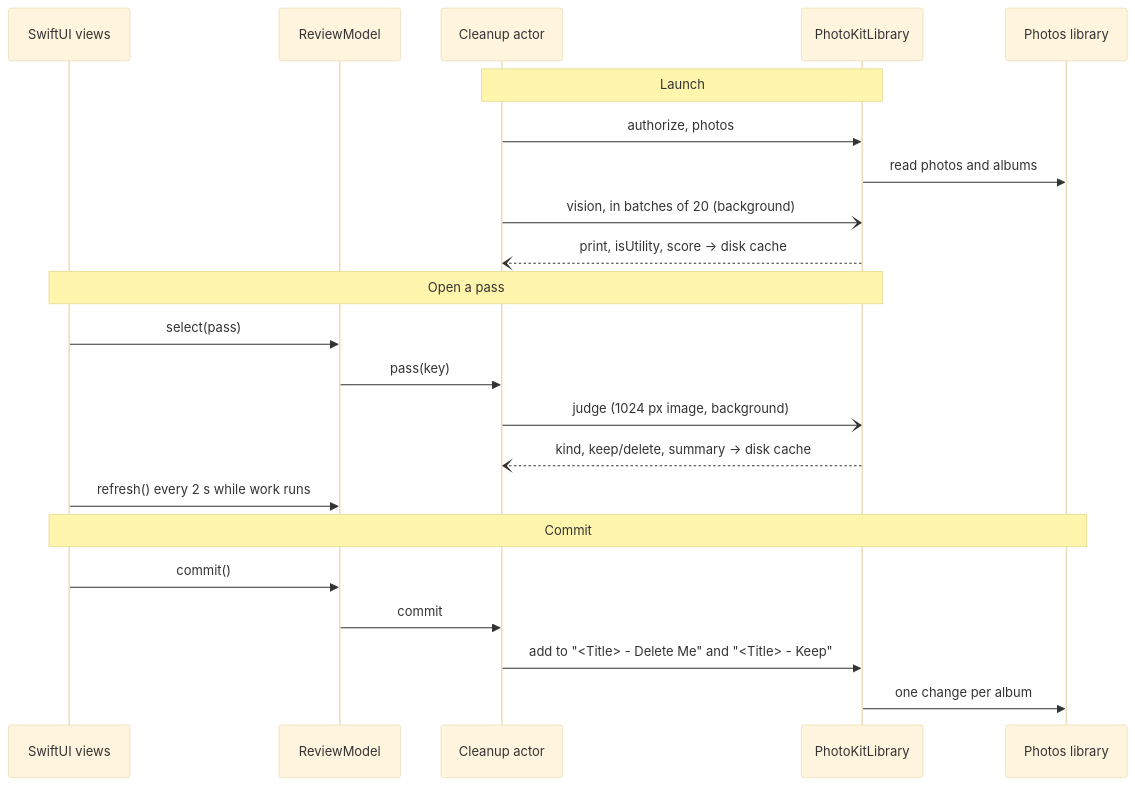
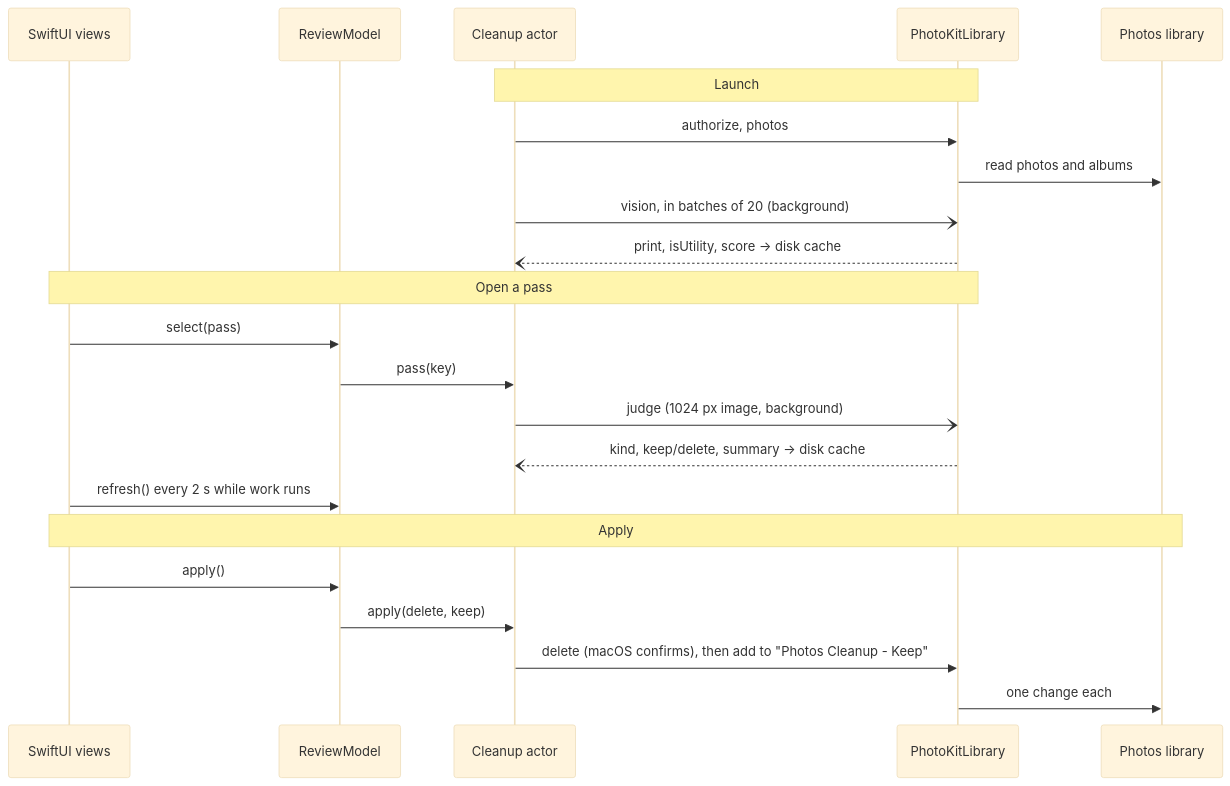
One commit to khivi/photos-cleanup changed the second of 2 diagrams in ARCHITECTURE.md. Above: the diagram before and after it, drawn with Mermaid (base theme). The commit also changed other lines of this file and 18 other files, not shown here.

Commit message:
Apply deletes the Remove photos after one macOS confirmation and keeps the rest in one album, "Photos Cleanup - Keep"; the dialog counts deletes per pass and warns when the export lacks them; no Delete Me albums are written; legacyAlbums gone

````diff
--- a/ARCHITECTURE.md
+++ b/ARCHITECTURE.md
@@ -80,27 +80,27 @@
 ```mermaid
 sequenceDiagram
     participant V as SwiftUI views
     participant M as ReviewModel
     participant C as Cleanup actor
     participant L as PhotoKitLibrary
     participant P as Photos library
 
     Note over C,L: Launch
     C->>L: authorize, photos
     L->>P: read photos and albums
     C-)L: vision, in batches of 20 (background)
     L--)C: print, isUtility, score → disk cache
 
     Note over V,L: Open a pass
     V->>M: select(pass)
     M->>C: pass(key)
     C-)L: judge (1024 px image, background)
     L--)C: kind, keep/delete, summary → disk cache
     V->>M: refresh() every 2 s while work runs
 
-    Note over V,P: Commit
-    V->>M: commit()
-    M->>C: commit
-    C->>L: add to "<Title> - Delete Me" and "<Title> - Keep"
-    L->>P: one change per album
+    Note over V,P: Apply
+    V->>M: apply()
+    M->>C: apply(delete, keep)
+    C->>L: delete (macOS confirms), then add to "Photos Cleanup - Keep"
+    L->>P: one change each
 ```
````
